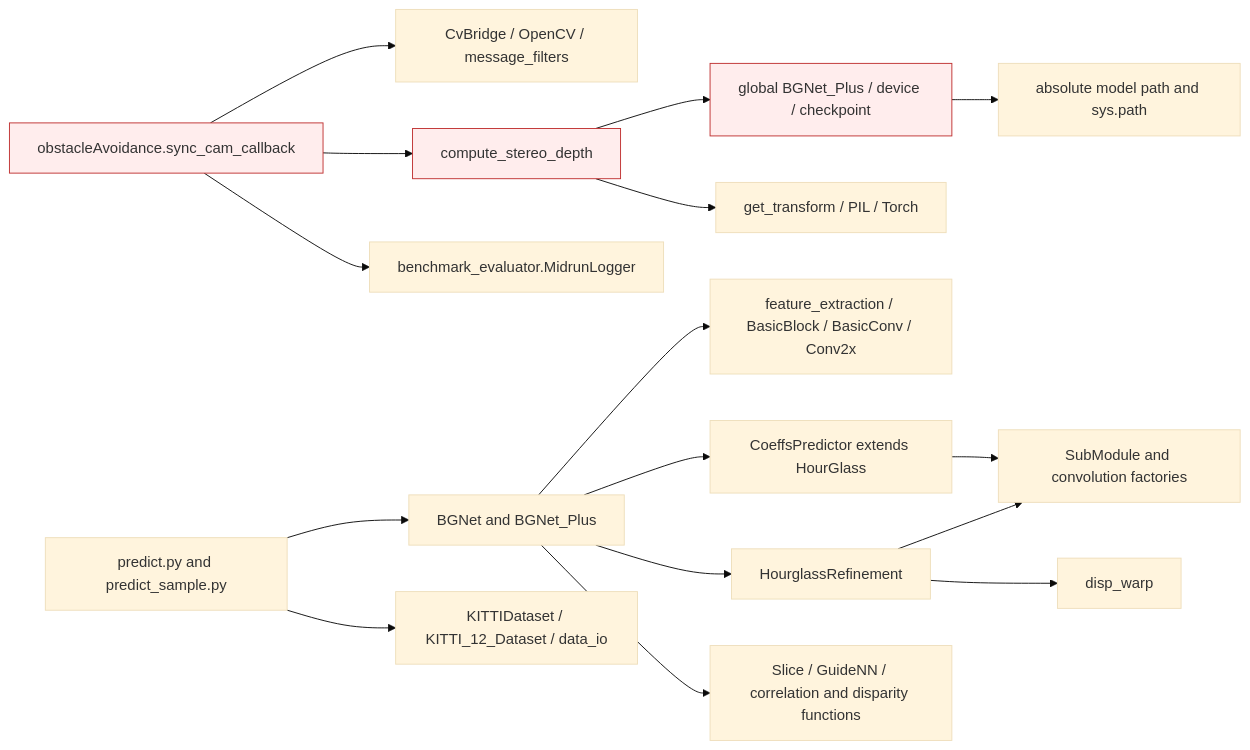
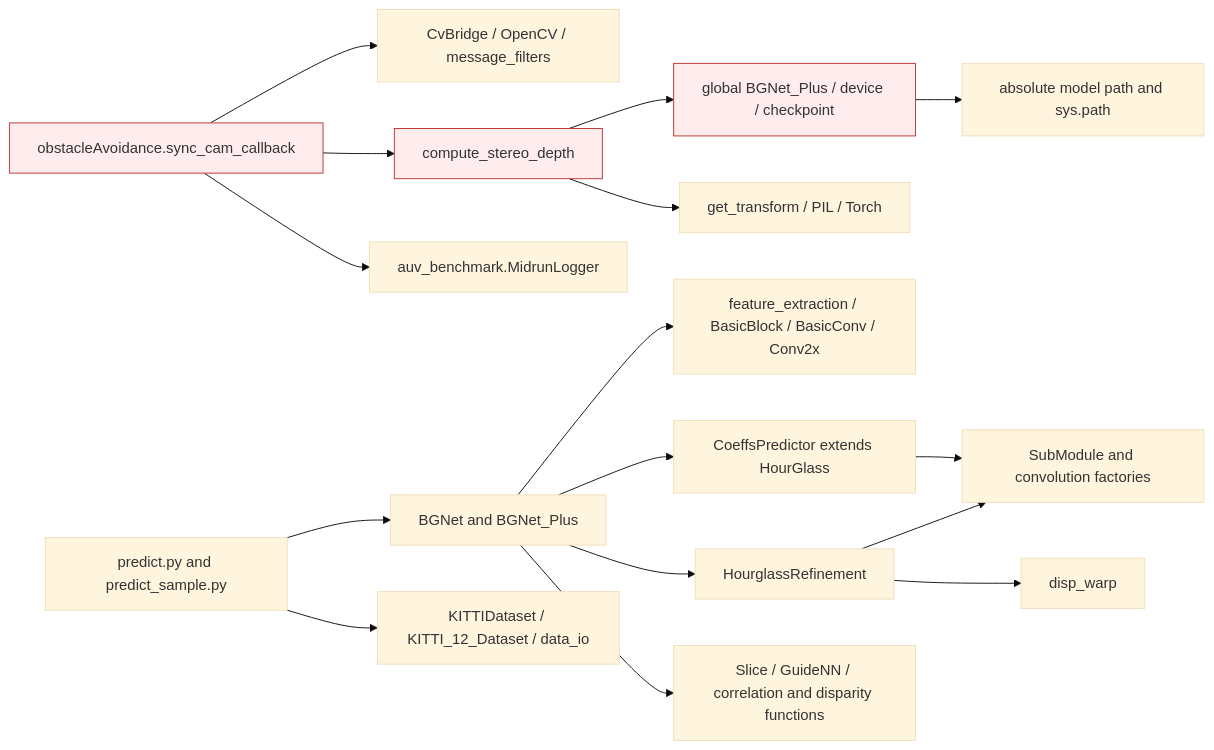
The first of 16 diagrams in src/docs/architecture/packages/perception_audit.md (metinegearal/auv-nbv-inspection), drawn with Mermaid (base theme) before and after one commit. The commit also changed other lines of this file and 455 other files, not shown here.

````diff
--- a/src/docs/architecture/packages/perception_audit.md
+++ b/src/docs/architecture/packages/perception_audit.md
@@ -34,20 +34,20 @@
 ```mermaid
 graph LR
  R[obstacleAvoidance.sync_cam_callback] --> CV[CvBridge / OpenCV / message_filters]
  R --> DEP[compute_stereo_depth]
- R --> LOG[benchmark_evaluator.MidrunLogger]
+ R --> LOG[auv_benchmark.MidrunLogger]
  DEP --> GLOBAL[global BGNet_Plus / device / checkpoint]
  GLOBAL --> FS[absolute model path and sys.path]
  DEP --> TRANS[get_transform / PIL / Torch]
  MODEL[BGNet and BGNet_Plus] --> FE[feature_extraction / BasicBlock / BasicConv / Conv2x]
  MODEL --> CO[CoeffsPredictor extends HourGlass]
  MODEL --> HG[HourglassRefinement]
  MODEL --> SL[Slice / GuideNN / correlation and disparity functions]
  HG --> WARP[disp_warp]
  CO --> SUB[SubModule and convolution factories]
  HG --> SUB
  PRED[predict.py and predict_sample.py] --> MODEL
  PRED --> DATA[KITTIDataset / KITTI_12_Dataset / data_io]
  classDef leak fill:#ffeded,stroke:#bf3030
  class R,DEP,GLOBAL leak
 ```
````
